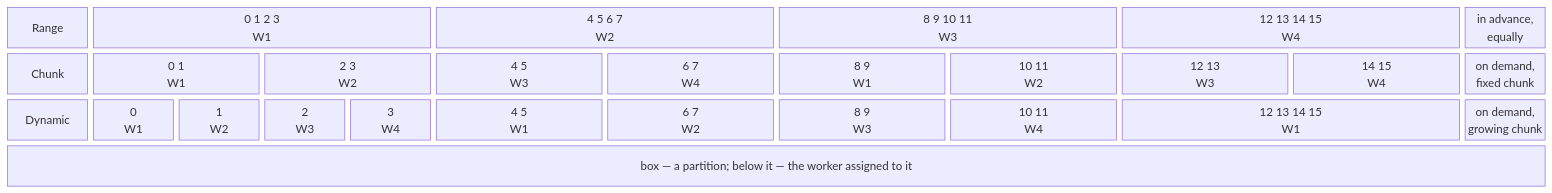
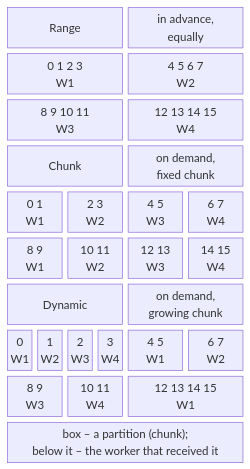
Before and after one commit to musicvano/Blog: the diagram in src/courses/parallel/06-data-parallelism/invoke-partitioning.md, drawn with Mermaid. The commit also changed other lines of this file and 583 other files, not shown here.

````diff
--- a/src/courses/parallel/06-data-parallelism/invoke-partitioning.md
+++ b/src/courses/parallel/06-data-parallelism/invoke-partitioning.md
@@ -43,8 +43,14 @@
 ```mermaid
 block-beta
-  columns 18
-  r1["Range"] r1a["0 1 2 3<br>W1"]:4 r1b["4 5 6 7<br>W2"]:4 r1c["8 9 10 11<br>W3"]:4 r1d["12 13 14 15<br>W4"]:4 r1n["in advance,<br>equally"]
-  r2["Chunk"] r2a["0 1<br>W1"]:2 r2b["2 3<br>W2"]:2 r2c["4 5<br>W3"]:2 r2d["6 7<br>W4"]:2 r2e["8 9<br>W1"]:2 r2f["10 11<br>W2"]:2 r2g["12 13<br>W3"]:2 r2h["14 15<br>W4"]:2 r2n["on demand,<br>fixed chunk"]
-  r3["Dynamic"] r3a["0<br>W1"] r3b["1<br>W2"] r3c["2<br>W3"] r3d["3<br>W4"] r3e["4 5<br>W1"]:2 r3f["6 7<br>W2"]:2 r3g["8 9<br>W3"]:2 r3h["10 11<br>W4"]:2 r3i["12 13 14 15<br>W1"]:4 r3n["on demand,<br>growing chunk"]
-  L["box — a partition; below it — the worker assigned to it"]:18
+  columns 8
+  r1["Range"]:4 r1n["in advance,<br>equally"]:4
+  r1a["0 1 2 3<br>W1"]:4 r1b["4 5 6 7<br>W2"]:4
+  r1c["8 9 10 11<br>W3"]:4 r1d["12 13 14 15<br>W4"]:4
+  r2["Chunk"]:4 r2n["on demand,<br>fixed chunk"]:4
+  r2a["0 1<br>W1"]:2 r2b["2 3<br>W2"]:2 r2c["4 5<br>W3"]:2 r2d["6 7<br>W4"]:2
+  r2e["8 9<br>W1"]:2 r2f["10 11<br>W2"]:2 r2g["12 13<br>W3"]:2 r2h["14 15<br>W4"]:2
+  r3["Dynamic"]:4 r3n["on demand,<br>growing chunk"]:4
+  r3a["0<br>W1"] r3b["1<br>W2"] r3c["2<br>W3"] r3d["3<br>W4"] r3e["4 5<br>W1"]:2 r3f["6 7<br>W2"]:2
+  r3g["8 9<br>W3"]:2 r3h["10 11<br>W4"]:2 r3i["12 13 14 15<br>W1"]:4
+  L["box – a partition (chunk);<br>below it – the worker that received it"]:8
 ```
````
